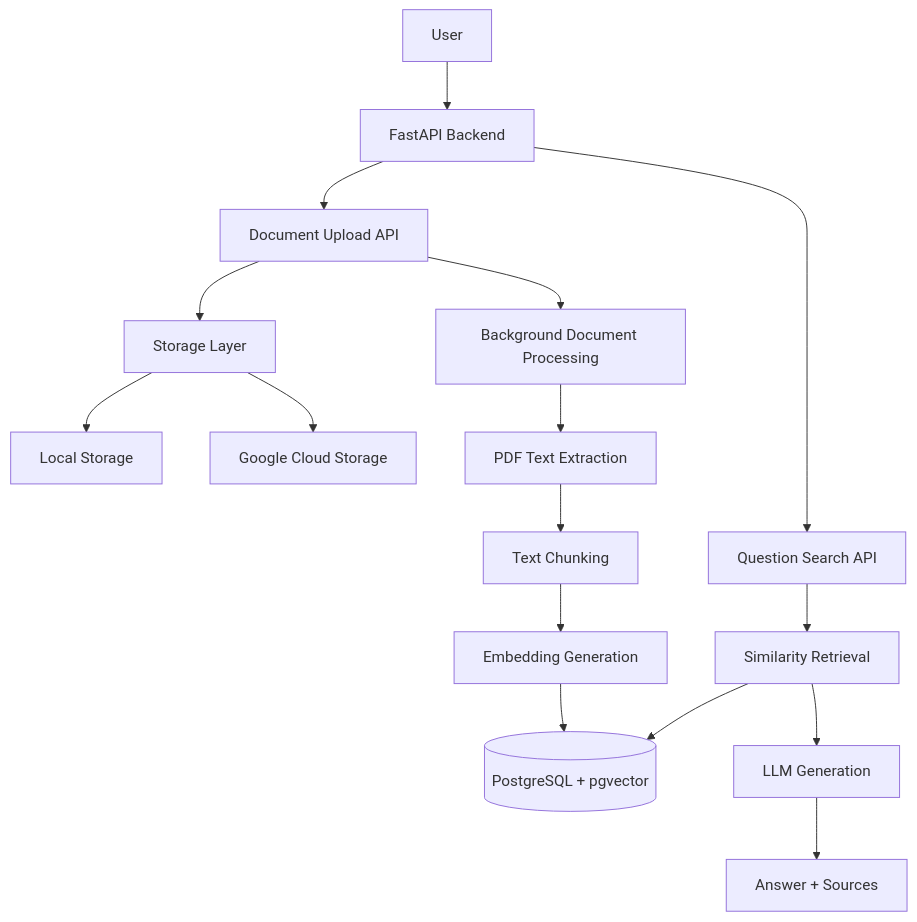
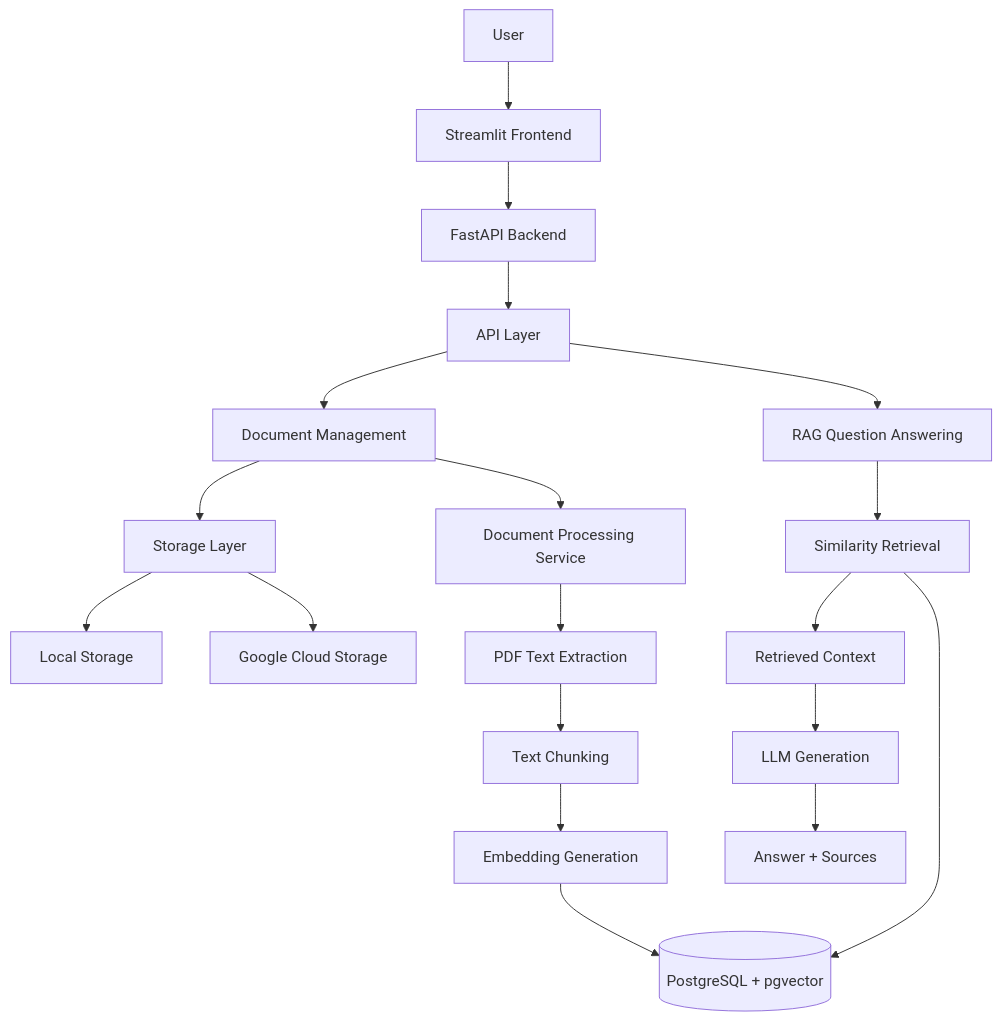
The first of 3 diagrams in docs/architecture.md (RitaAse/ai-knowledge-assistant), drawn with Mermaid before and after one commit. The commit also changed other lines of this file and 6 other files, not shown here.

````diff
--- a/docs/architecture.md
+++ b/docs/architecture.md
@@ -24,31 +31,44 @@
 ```mermaid
 flowchart TD
 
     User[User]
 
-    User --> API[FastAPI Backend]
+    User --> Frontend[Streamlit Frontend]
 
-    API --> Upload[Document Upload API]
-    API --> Search[Question Search API]
+    Frontend --> Backend[FastAPI Backend]
 
-    Upload --> Storage[Storage Layer]
+    Backend --> API[API Layer]
+
+    API --> DocumentRoutes[Document Management]
+
+    API --> SearchRoutes[RAG Question Answering]
+
+
+    DocumentRoutes --> Storage[Storage Layer]
 
     Storage --> Local[Local Storage]
+
     Storage --> GCS[Google Cloud Storage]
 
-    Upload --> Processor[Background Document Processing]
 
-    Processor --> PDF[PDF Text Extraction]
-    PDF --> Chunking[Text Chunking]
-    Chunking --> Embedding[Embedding Generation]
+    DocumentRoutes --> Processing[Document Processing Service]
 
-    Embedding --> Database[(PostgreSQL + pgvector)]
+    Processing --> Extraction[PDF Text Extraction]
 
-    Search --> Retrieval[Similarity Retrieval]
+    Extraction --> Chunking[Text Chunking]
+
+    Chunking --> Embeddings[Embedding Generation]
+
+    Embeddings --> Database[(PostgreSQL + pgvector)]
+
+
+    SearchRoutes --> Retrieval[Similarity Retrieval]
 
     Retrieval --> Database
 
-    Retrieval --> LLM[LLM Generation]
+    Retrieval --> Context[Retrieved Context]
+
+    Context --> LLM[LLM Generation]
 
     LLM --> Response[Answer + Sources]
 ```
````
